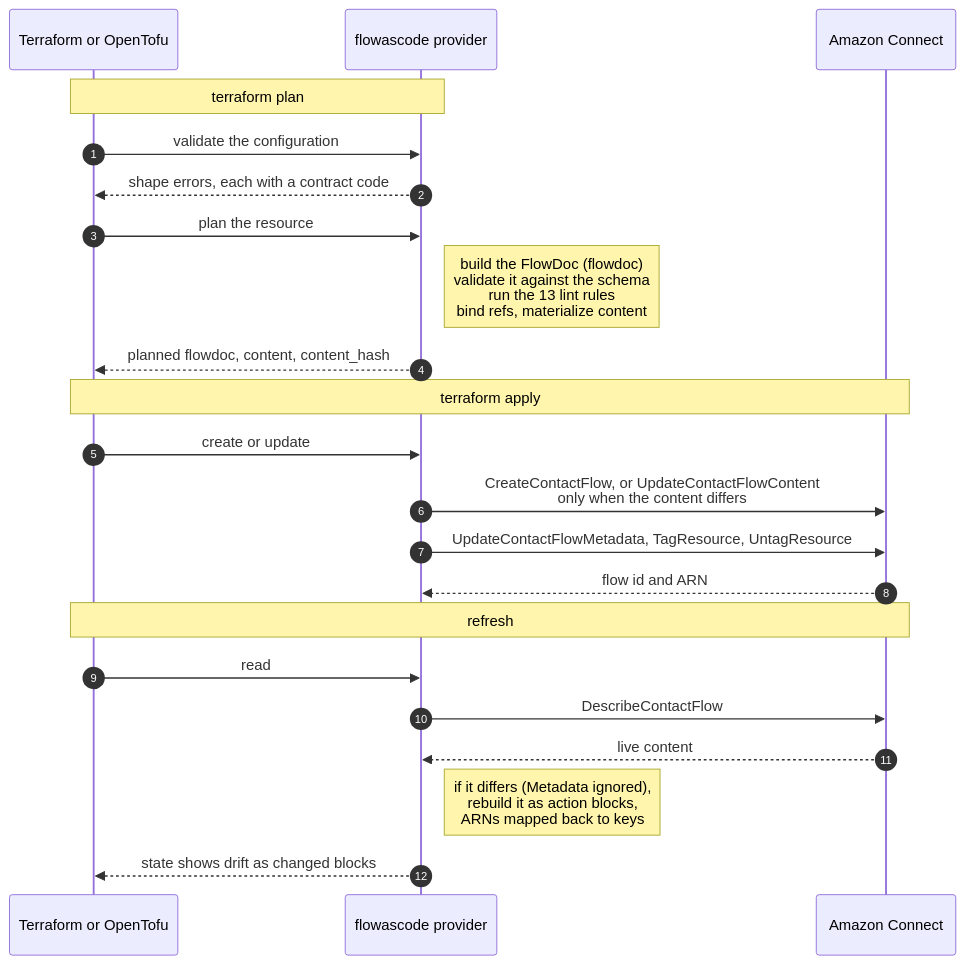
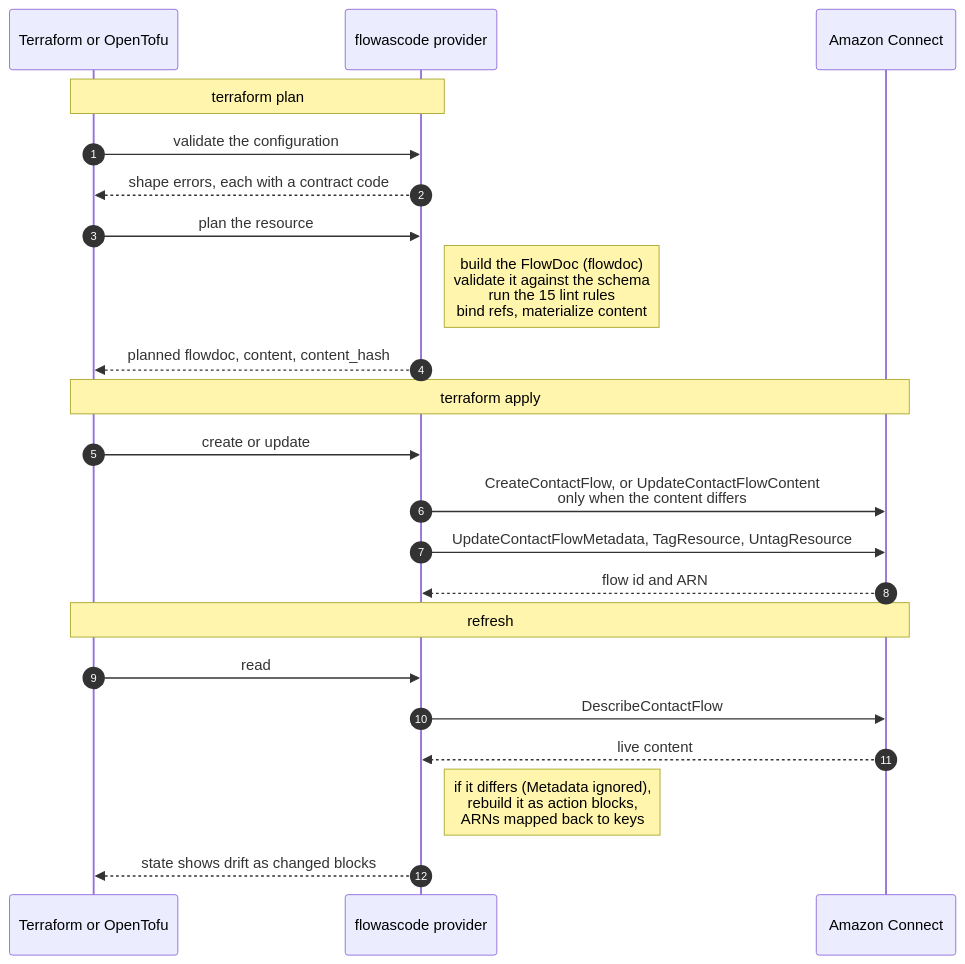
Before and after one commit to flow-as-code/terraform-provider-flowascode: the second of 5 diagrams in README.md, drawn with Mermaid.

Commit message:
docs(readme): the plan sequence runs fifteen lint rules

````diff
--- a/README.md
+++ b/README.md
@@ -105,27 +105,27 @@
 ```mermaid
 sequenceDiagram
   autonumber
   participant TF as Terraform or OpenTofu
   participant P as flowascode provider
   participant C as Amazon Connect
 
   Note over TF,P: terraform plan
   TF->>P: validate the configuration
   P-->>TF: shape errors, each with a contract code
   TF->>P: plan the resource
-  Note right of P: build the FlowDoc (flowdoc)<br/>validate it against the schema<br/>run the 13 lint rules<br/>bind refs, materialize content
+  Note right of P: build the FlowDoc (flowdoc)<br/>validate it against the schema<br/>run the 15 lint rules<br/>bind refs, materialize content
   P-->>TF: planned flowdoc, content, content_hash
 
   Note over TF,C: terraform apply
   TF->>P: create or update
   P->>C: CreateContactFlow, or UpdateContactFlowContent<br/>only when the content differs
   P->>C: UpdateContactFlowMetadata, TagResource, UntagResource
   C-->>P: flow id and ARN
 
   Note over TF,C: refresh
   TF->>P: read
   P->>C: DescribeContactFlow
   C-->>P: live content
   Note right of P: if it differs (Metadata ignored),<br/>rebuild it as action blocks,<br/>ARNs mapped back to keys
   P-->>TF: state shows drift as changed blocks
 ```
````
